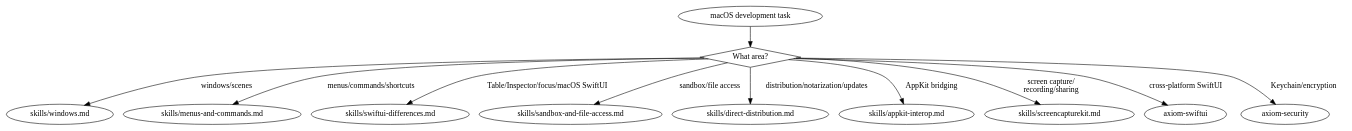
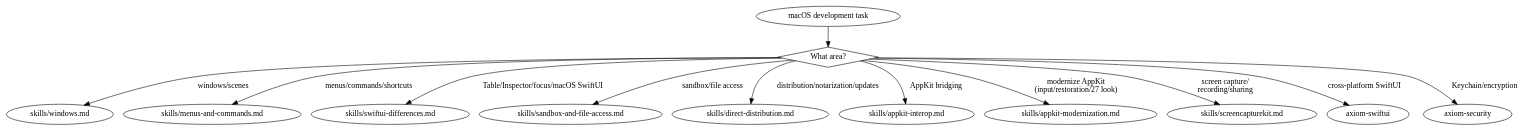
Before and after one commit to BasixKOR/automic-vault: the diagram in .agents/skills/axiom-macos/SKILL.md, drawn with Graphviz. The commit also changed other lines of this file and 632 other files, not shown here.

````diff
--- a/.agents/skills/axiom-macos/SKILL.md
+++ b/.agents/skills/axiom-macos/SKILL.md
@@ -60,17 +61,18 @@
 ```dot
 digraph macos {
     start [label="macOS development task" shape=ellipse];
     what [label="What area?" shape=diamond];
 
     start -> what;
     what -> "skills/windows.md" [label="windows/scenes"];
     what -> "skills/menus-and-commands.md" [label="menus/commands/shortcuts"];
     what -> "skills/swiftui-differences.md" [label="Table/Inspector/focus/macOS SwiftUI"];
     what -> "skills/sandbox-and-file-access.md" [label="sandbox/file access"];
     what -> "skills/direct-distribution.md" [label="distribution/notarization/updates"];
     what -> "skills/appkit-interop.md" [label="AppKit bridging"];
+    what -> "skills/appkit-modernization.md" [label="modernize AppKit\n(input/restoration/27 look)"];
     what -> "skills/screencapturekit.md" [label="screen capture/\nrecording/sharing"];
     what -> "axiom-swiftui" [label="cross-platform SwiftUI"];
     what -> "axiom-security" [label="Keychain/encryption"];
 }
 ```
````
